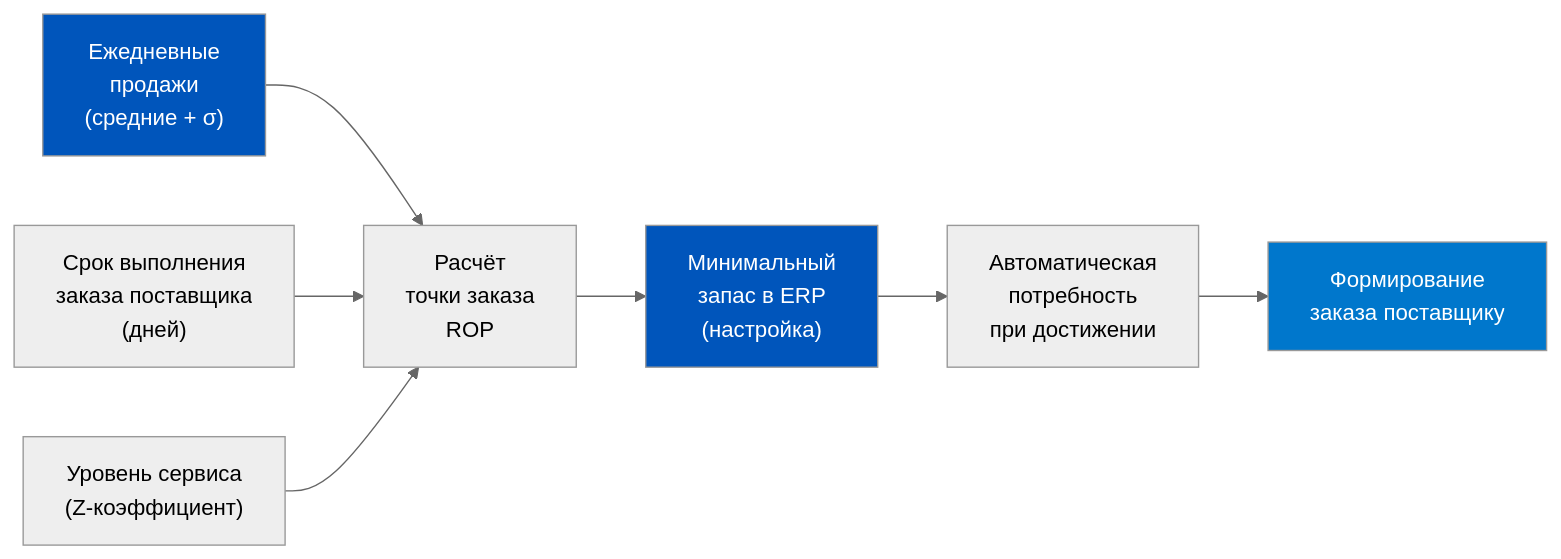
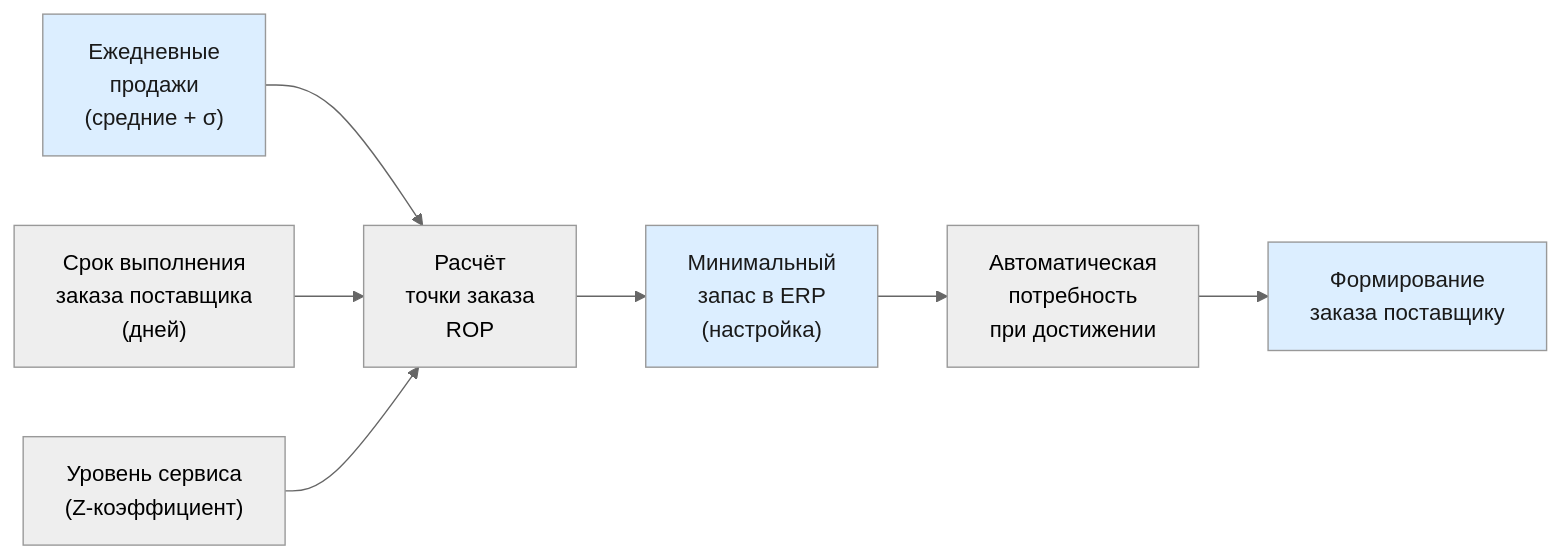
The first of 5 diagrams in content/1c-erp/week_3/Неделя 3 - День 6 - Практикум умная дозакупка.md (murad1986/1c-erp-quartz), drawn with Mermaid (neutral theme) before and after one commit. The commit also changed other lines of this file and 57 other files, not shown here.

First line of the commit message:
fix: Mermaid — пастельные цвета в источниках диаграмм (56 файлов)

````diff
--- a/content/1c-erp/week_3/Неделя 3 - День 6 - Практикум умная дозакупка.md
+++ b/content/1c-erp/week_3/Неделя 3 - День 6 - Практикум умная дозакупка.md
@@ -93,13 +93,13 @@
 ```mermaid
 flowchart LR
     A["Ежедневные<br/>продажи<br/>(средние + σ)"] --> B["Расчёт<br/>точки заказа<br/>ROP"]
     C["Срок выполнения<br/>заказа поставщика<br/>(дней)"] --> B
     D["Уровень сервиса<br/>(Z-коэффициент)"] --> B
     B --> E["Минимальный<br/>запас в ERP<br/>(настройка)"]
     E --> F["Автоматическая<br/>потребность<br/>при достижении"]
     F --> G["Формирование<br/>заказа поставщику"]
 
-    style A fill:#0055BB,color:#fff
-    style E fill:#0055BB,color:#fff
-    style G fill:#0077CC,color:#fff
+    style A fill:#dceeff,color:#1a1a1a
+    style E fill:#dceeff,color:#1a1a1a
+    style G fill:#dceeff,color:#1a1a1a
 ```
````
